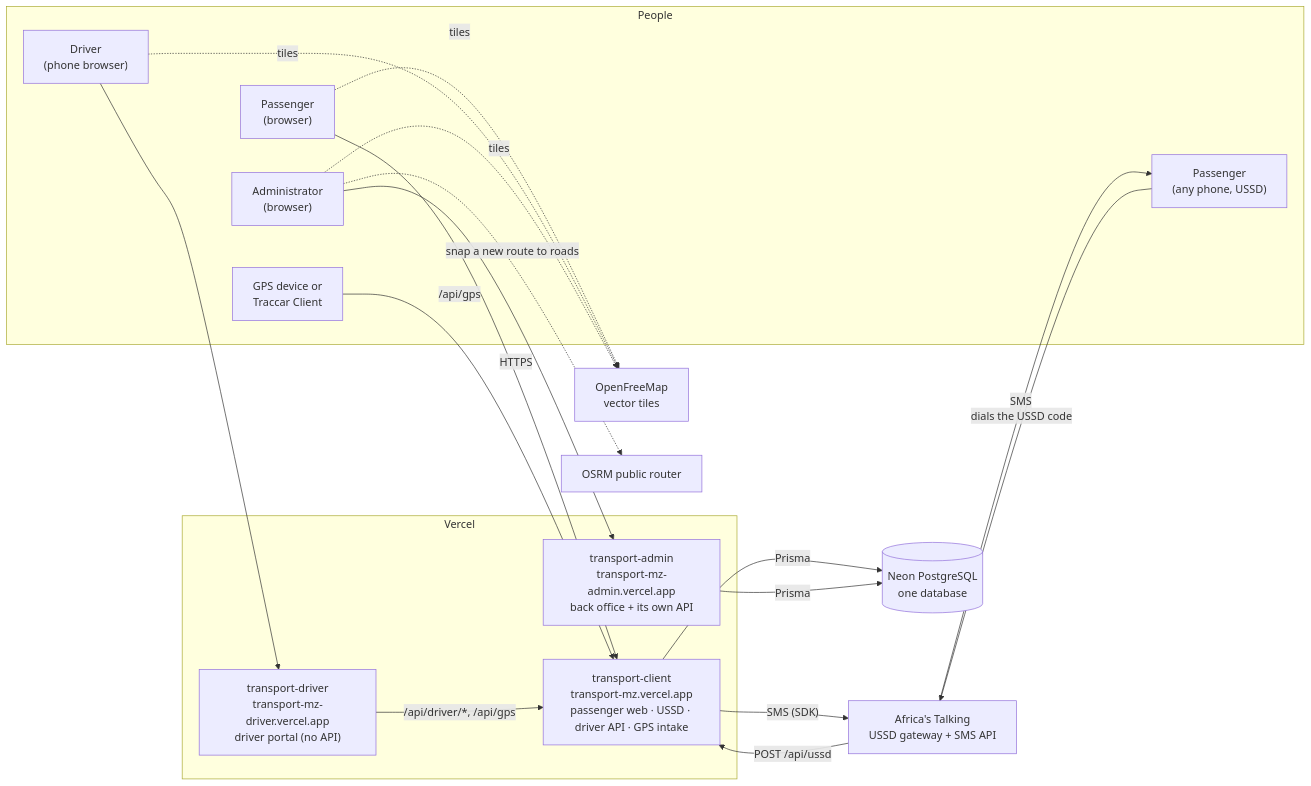
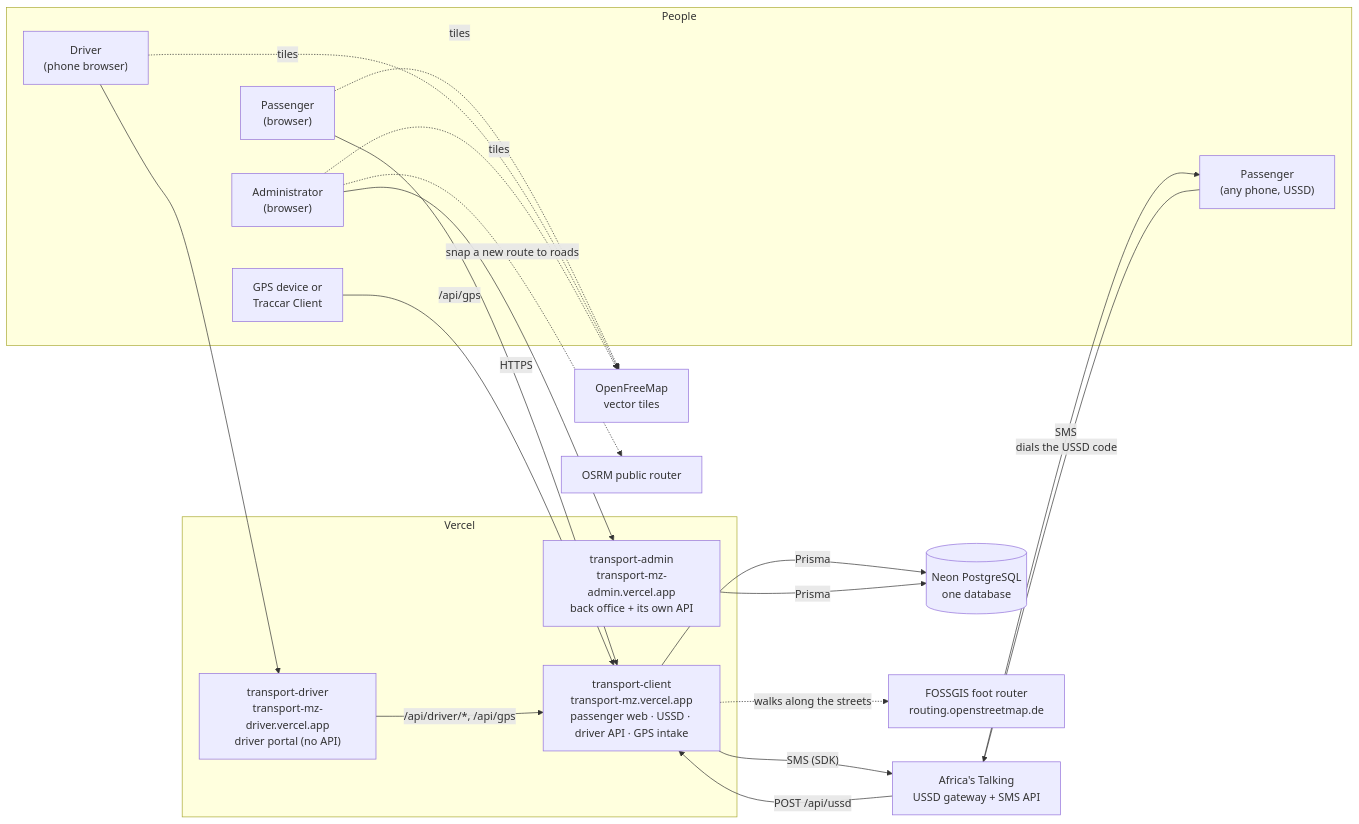
One commit to transportmozambique/Transport-Mozambique changed the diagram in docs/architecture.md. Above: the diagram before and after it, drawn with Mermaid. The commit also changed other lines of this file and 34 other files, not shown here.

First line of the commit message:
feat(client): walks along the streets, a draggable sheet and rounder shapes

````diff
--- a/docs/architecture.md
+++ b/docs/architecture.md
@@ -16,38 +16,40 @@
 ```mermaid
 flowchart LR
   subgraph People
     P["Passenger<br/>(browser)"]
     F["Passenger<br/>(any phone, USSD)"]
     D["Driver<br/>(phone browser)"]
     A["Administrator<br/>(browser)"]
     G["GPS device or<br/>Traccar Client"]
   end
 
   AT["Africa's Talking<br/>USSD gateway + SMS API"]
 
   subgraph Vercel
     C["transport-client<br/>transport-mz.vercel.app<br/>passenger web · USSD · driver API · GPS intake"]
     DR["transport-driver<br/>transport-mz-driver.vercel.app<br/>driver portal (no API)"]
     AD["transport-admin<br/>transport-mz-admin.vercel.app<br/>back office + its own API"]
   end
 
   DB[("Neon PostgreSQL<br/>one database")]
   T["OpenFreeMap<br/>vector tiles"]
   O["OSRM public router"]
+  W["FOSSGIS foot router<br/>routing.openstreetmap.de"]
 
   P -->|HTTPS| C
   F -->|dials the USSD code| AT
   AT -->|"POST /api/ussd"| C
   C -->|"SMS (SDK)"| AT
   AT -->|SMS| F
   D --> DR
   DR -->|"/api/driver/*, /api/gps"| C
   G -->|"/api/gps"| C
   A --> AD
   C -->|Prisma| DB
   AD -->|Prisma| DB
   P -.->|tiles| T
   D -.->|tiles| T
   A -.->|tiles| T
   A -.->|"snap a new route to roads"| O
+  C -.->|"walks along the streets"| W
 ```
````
